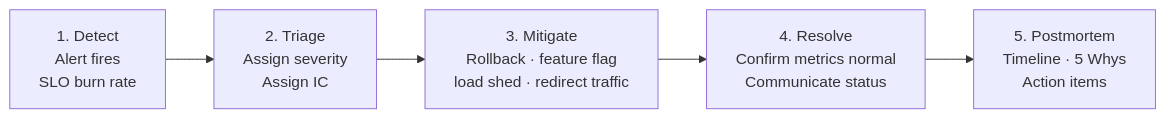
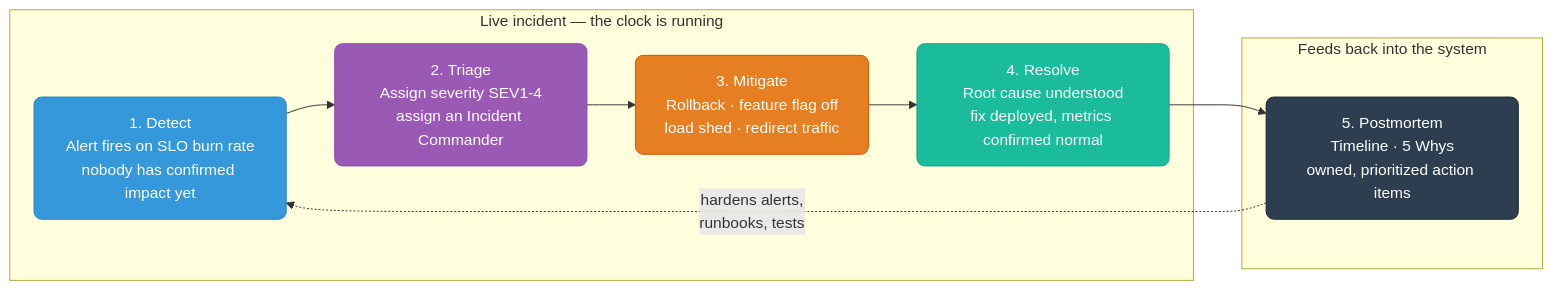
The fifth of 5 diagrams in sre/sre-concepts.md (deepanshu-rawat6/DevOpsIndex), drawn with Mermaid before and after one commit. The commit also changed other lines of this file and 7 other files, not shown here.

````diff
--- a/sre/sre-concepts.md
+++ b/sre/sre-concepts.md
@@ -458,8 +464,22 @@
 ```mermaid
 flowchart LR
-    DETECT["1. Detect<br>Alert fires<br>SLO burn rate"] --> TRIAGE
-    TRIAGE["2. Triage<br>Assign severity<br>Assign IC"] --> MITIGATE
-    MITIGATE["3. Mitigate<br>Rollback · feature flag<br>load shed · redirect traffic"] --> RESOLVE
-    RESOLVE["4. Resolve<br>Confirm metrics normal<br>Communicate status"] --> POSTMORTEM
-    POSTMORTEM["5. Postmortem<br>Timeline · 5 Whys<br>Action items"]
+    classDef detect fill:#3498db,stroke:#2980b9,color:#fff,rx:8
+    classDef triage fill:#9b59b6,stroke:#8e44ad,color:#fff,rx:8
+    classDef mitigate fill:#e67e22,stroke:#d35400,color:#fff,rx:8
+    classDef resolve fill:#1abc9c,stroke:#16a085,color:#fff,rx:8
+    classDef learn fill:#2c3e50,stroke:#1a252f,color:#fff,rx:8
+
+    subgraph LIVE["Live incident — the clock is running"]
+        DETECT["1. Detect<br/>Alert fires on SLO burn rate<br/>nobody has confirmed impact yet"]:::detect --> TRIAGE
+        TRIAGE["2. Triage<br/>Assign severity SEV1-4<br/>assign an Incident Commander"]:::triage --> MITIGATE
+        MITIGATE["3. Mitigate<br/>Rollback · feature flag off<br/>load shed · redirect traffic"]:::mitigate --> RESOLVE
+        RESOLVE["4. Resolve<br/>Root cause understood<br/>fix deployed, metrics confirmed normal"]:::resolve
+    end
+
+    subgraph LOOP["Feeds back into the system"]
+        POSTMORTEM["5. Postmortem<br/>Timeline · 5 Whys<br/>owned, prioritized action items"]:::learn
+    end
+
+    RESOLVE --> POSTMORTEM
+    POSTMORTEM -.->|"hardens alerts,<br/>runbooks, tests"| DETECT
 ```
````
